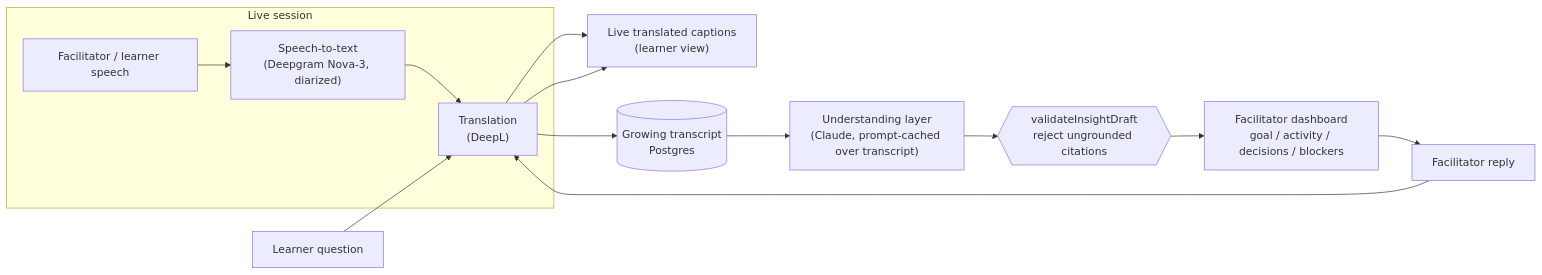
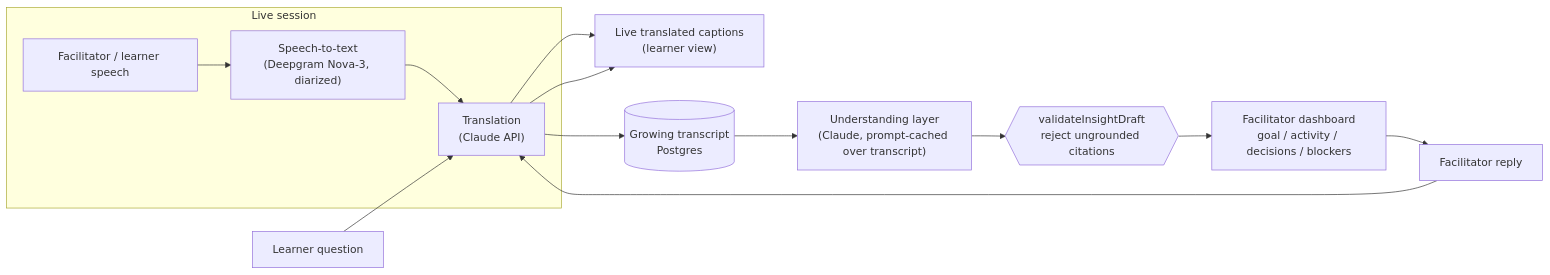
One commit to pulkitchowdry/cross_lingual_remote_workshop_facilitation changed the diagram in README.md. Above: the diagram before and after it, drawn with Mermaid. The commit also changed other lines of this file and 5 other files, not shown here.

First line of the commit message:
Replace DeepL with Claude for translation, trim README setup

````diff
--- a/README.md
+++ b/README.md
@@ -14,17 +11,17 @@
 ```mermaid
 flowchart LR
     subgraph Live[Live session]
         Mic["Facilitator / learner speech"] --> STT["Speech-to-text\n(Deepgram Nova-3, diarized)"]
-        STT --> MT["Translation\n(DeepL)"]
+        STT --> MT["Translation\n(Claude API)"]
     end
 
     MT --> Captions["Live translated captions\n(learner view)"]
     MT --> Transcript[("Growing transcript\nPostgres")]
 
     Transcript --> AI["Understanding layer\n(Claude, prompt-cached over transcript)"]
     AI --> Guard{{"validateInsightDraft\nreject ungrounded citations"}}
     Guard --> Dashboard["Facilitator dashboard\ngoal / activity / decisions / blockers"]
 
     Learner["Learner question"] --> MT
     Dashboard --> Reply["Facilitator reply"] --> MT --> Captions
 ```
````
